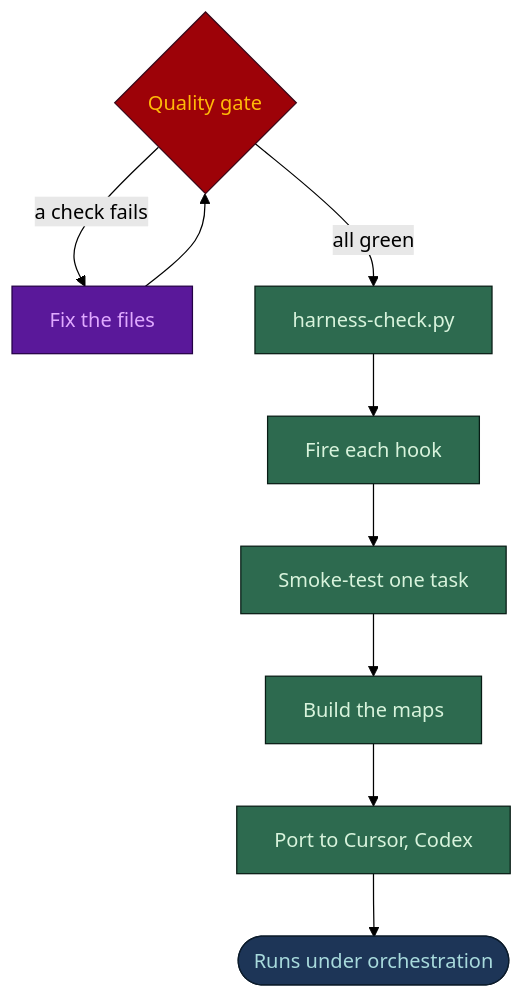
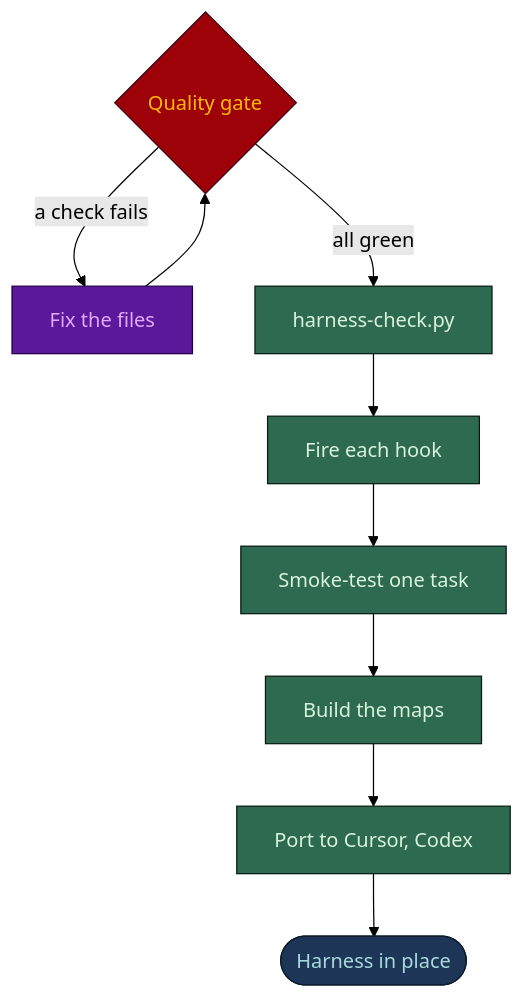
Before and after one commit to nguyenhx2/agent-harness-bootstrap: the fifth of 16 diagrams in docs/FLOWS.md, drawn with Mermaid (forest theme). The commit also changed other lines of this file and 107 other files, not shown here.

````diff
--- a/docs/FLOWS.md
+++ b/docs/FLOWS.md
@@ -201,24 +201,24 @@
 ```mermaid
 flowchart TD
     GATE{"Quality gate"}
     FIX["Fix the files"]
     HC["harness-check.py"]
     HK["Fire each hook"]
     SM["Smoke-test one task"]
     MAPS["Build the maps"]
     PORT["Port to Cursor, Codex"]
-    DONE(["Runs under orchestration"])
+    DONE(["Harness in place"])
 
     GATE -->|"a check fails"| FIX --> GATE
     GATE -->|"all green"| HC --> HK --> SM --> MAPS --> PORT --> DONE
 
     classDef det fill:#2D6A4F,stroke:#081C15,stroke-width:1px,color:#D8F3DC
     classDef mod fill:#5A189A,stroke:#240046,stroke-width:1px,color:#E0AAFF
     classDef hum fill:#1D3557,stroke:#0B1B2B,stroke-width:1px,color:#A8DADC
     classDef gate fill:#9D0208,stroke:#370617,stroke-width:1px,color:#FFBA08
 
     class GATE gate
     class FIX mod
     class HC,HK,SM,MAPS,PORT det
     class DONE hum
 ```
````
